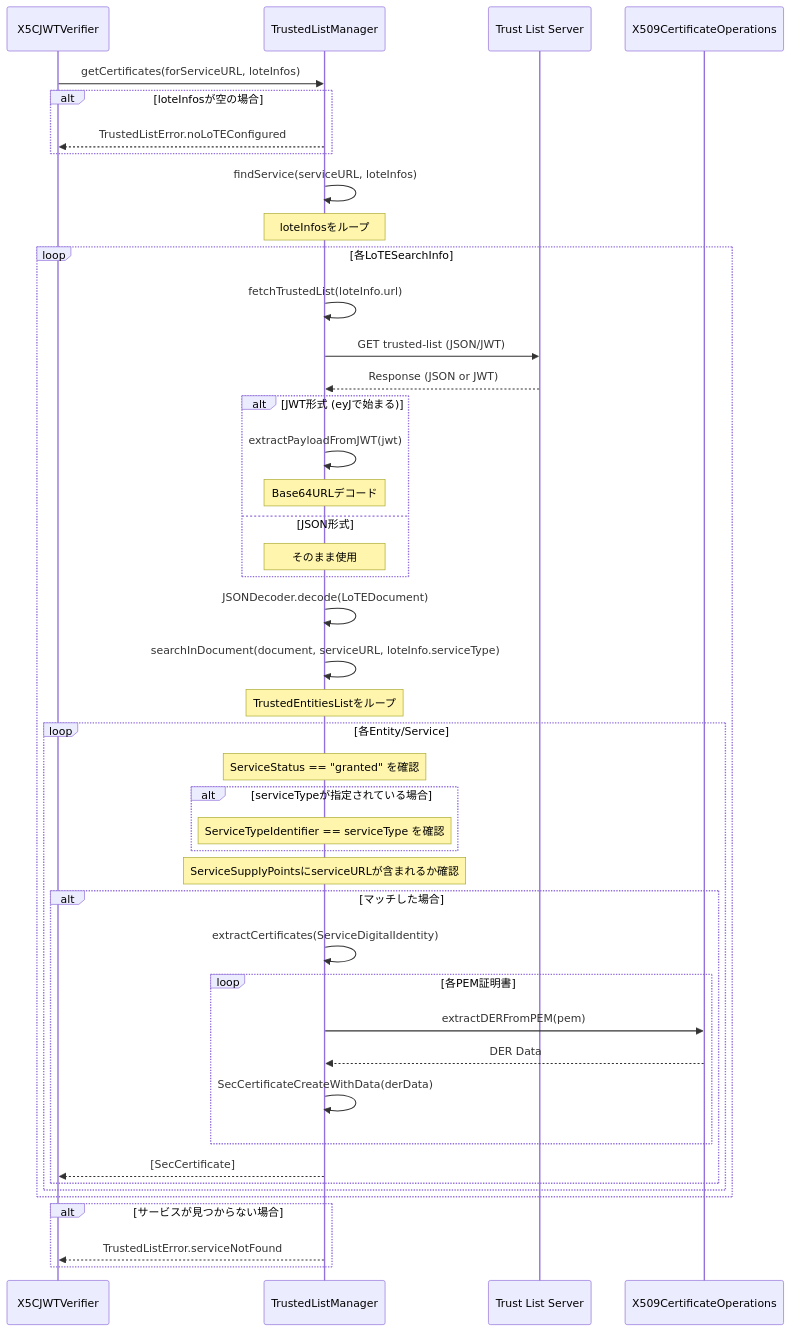
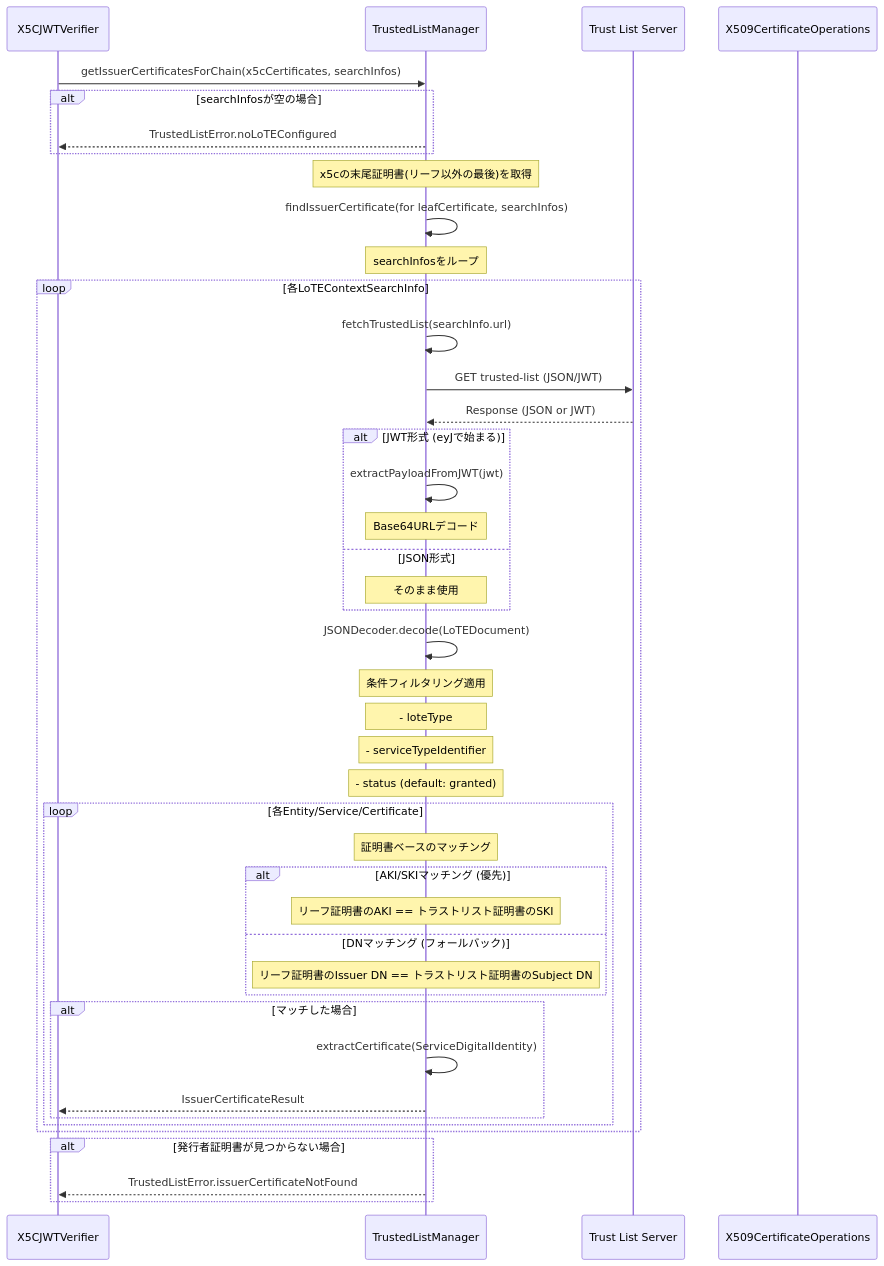
Before and after one commit to ryosuke-wakaba/OWND-Wallet-iOS: the third of 4 diagrams in docs/features/credential-issuance/metadata-verification.md, drawn with Mermaid. The commit also changed other lines of this file, not shown here.

First line of the commit message:
docs: Update metadata-verification.md for certificate-based search API

````diff
--- a/docs/features/credential-issuance/metadata-verification.md
+++ b/docs/features/credential-issuance/metadata-verification.md
@@ -211,60 +221,58 @@
 ```mermaid
 sequenceDiagram
     participant Caller as X5CJWTVerifier
     participant TLM as TrustedListManager
     participant TL as Trust List Server
     participant SIG as X509CertificateOperations
 
-    Caller->>TLM: getCertificates(forServiceURL, loteInfos)
+    Caller->>TLM: getIssuerCertificatesForChain(x5cCertificates, searchInfos)
 
-    alt loteInfosが空の場合
+    alt searchInfosが空の場合
         TLM-->>Caller: TrustedListError.noLoTEConfigured
     end
 
-    TLM->>TLM: findService(serviceURL, loteInfos)
+    Note over TLM: x5cの末尾証明書(リーフ以外の最後)を取得
 
-    Note over TLM: loteInfosをループ
+    TLM->>TLM: findIssuerCertificate(for leafCertificate, searchInfos)
 
-    loop 各LoTESearchInfo
-        TLM->>TLM: fetchTrustedList(loteInfo.url)
+    Note over TLM: searchInfosをループ
+
+    loop 各LoTEContextSearchInfo
+        TLM->>TLM: fetchTrustedList(searchInfo.url)
         TLM->>TL: GET trusted-list (JSON/JWT)
         TL-->>TLM: Response (JSON or JWT)
 
         alt JWT形式 (eyJで始まる)
             TLM->>TLM: extractPayloadFromJWT(jwt)
             Note over TLM: Base64URLデコード
         else JSON形式
             Note over TLM: そのまま使用
         end
 
         TLM->>TLM: JSONDecoder.decode(LoTEDocument)
 
-        TLM->>TLM: searchInDocument(document, serviceURL, loteInfo.serviceType)
+        Note over TLM: 条件フィルタリング適用
+        Note over TLM: - loteType
+        Note over TLM: - serviceTypeIdentifier
+        Note over TLM: - status (default: granted)
 
-        Note over TLM: TrustedEntitiesListをループ
+        loop 各Entity/Service/Certificate
+            Note over TLM: 証明書ベースのマッチング
 
-        loop 各Entity/Service
-            Note over TLM: ServiceStatus == "granted" を確認
-            alt serviceTypeが指定されている場合
-                Note over TLM: ServiceTypeIdentifier == serviceType を確認
+            alt AKI/SKIマッチング (優先)
+                Note over TLM: リーフ証明書のAKI == トラストリスト証明書のSKI
+            else DNマッチング (フォールバック)
+                Note over TLM: リーフ証明書のIssuer DN == トラストリスト証明書のSubject DN
             end
-            Note over TLM: ServiceSupplyPointsにserviceURLが含まれるか確認
 
             alt マッチした場合
-                TLM->>TLM: extractCertificates(ServiceDigitalIdentity)
-
-                loop 各PEM証明書
-                    TLM->>SIG: extractDERFromPEM(pem)
-                    SIG-->>TLM: DER Data
-                    TLM->>TLM: SecCertificateCreateWithData(derData)
-                end
-
-                TLM-->>Caller: [SecCertificate]
+                TLM->>TLM: extractCertificate(ServiceDigitalIdentity)
+                TLM-->>Caller: IssuerCertificateResult
             end
         end
     end
 
-    alt サービスが見つからない場合
-        TLM-->>Caller: TrustedListError.serviceNotFound
+    alt 発行者証明書が見つからない場合
+        TLM-->>Caller: TrustedListError.issuerCertificateNotFound
     end
 ```
````
